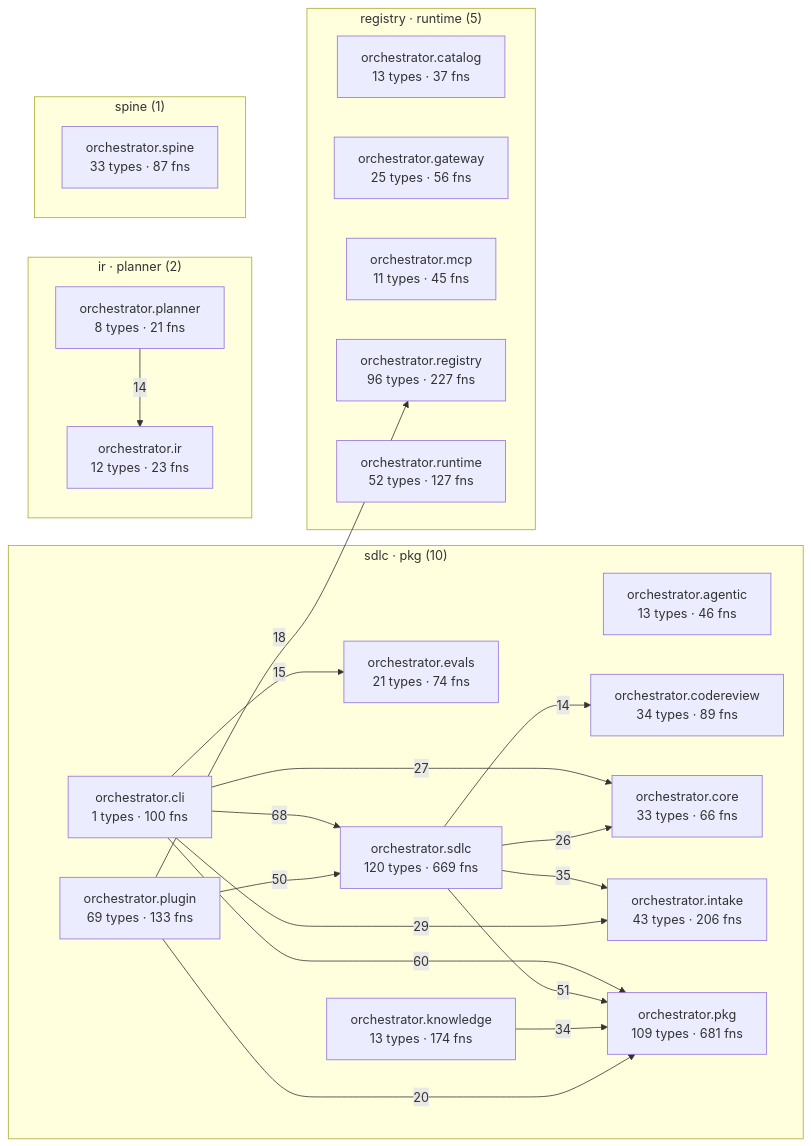
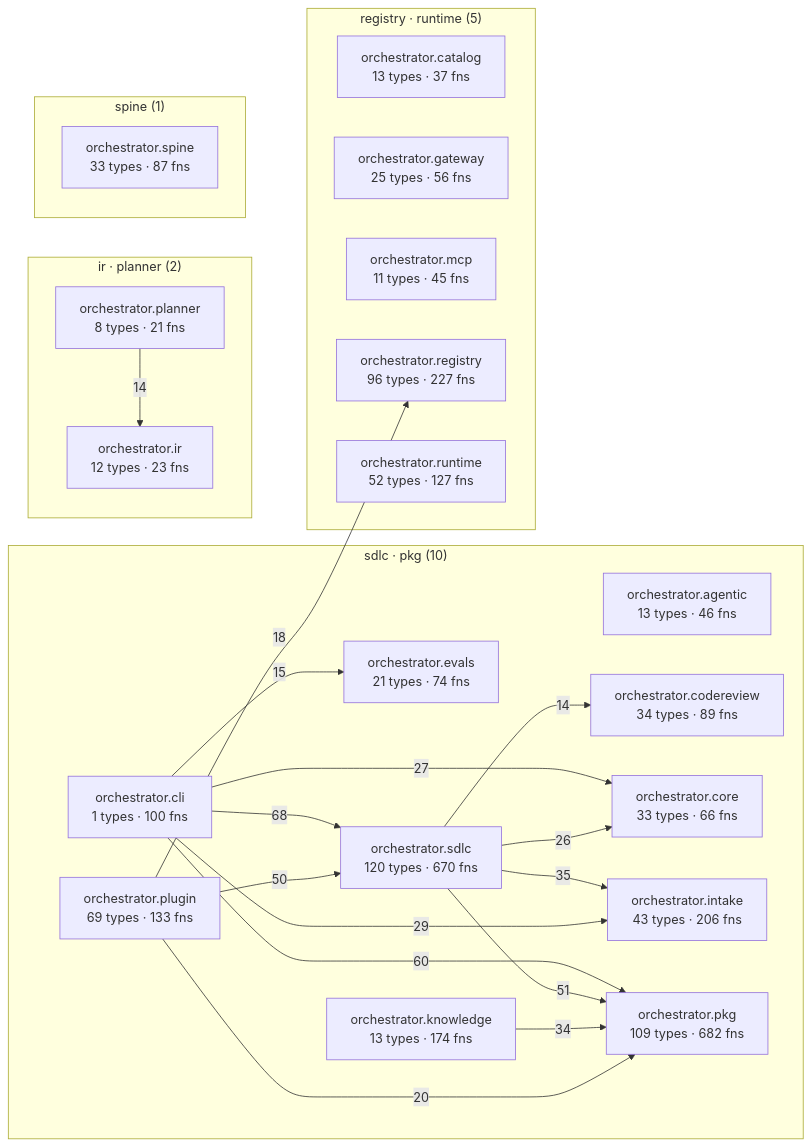
One commit to Nani-red/spine_Naveen changed the diagram in episteme/architecture.md. Above: the diagram before and after it, drawn with Mermaid. The commit also changed other lines of this file and 38 other files, not shown here.

````diff
--- a/episteme/architecture.md
+++ b/episteme/architecture.md
@@ -54,43 +54,43 @@
 ```mermaid
 flowchart LR
   subgraph c_2["sdlc · pkg (10)"]
     aorchestratoragentic["orchestrator.agentic<br/>13 types · 46 fns"]
     aorchestratorcli["orchestrator.cli<br/>1 types · 100 fns"]
     aorchestratorcodereview["orchestrator.codereview<br/>34 types · 89 fns"]
     aorchestratorcore["orchestrator.core<br/>33 types · 66 fns"]
     aorchestratorevals["orchestrator.evals<br/>21 types · 74 fns"]
     aorchestratorintake["orchestrator.intake<br/>43 types · 206 fns"]
     aorchestratorknowledge["orchestrator.knowledge<br/>13 types · 174 fns"]
-    aorchestratorpkg["orchestrator.pkg<br/>109 types · 681 fns"]
+    aorchestratorpkg["orchestrator.pkg<br/>109 types · 682 fns"]
     aorchestratorplugin["orchestrator.plugin<br/>69 types · 133 fns"]
-    aorchestratorsdlc["orchestrator.sdlc<br/>120 types · 669 fns"]
+    aorchestratorsdlc["orchestrator.sdlc<br/>120 types · 670 fns"]
   end
   subgraph c_4["registry · runtime (5)"]
     aorchestratorcatalog["orchestrator.catalog<br/>13 types · 37 fns"]
     aorchestratorgateway["orchestrator.gateway<br/>25 types · 56 fns"]
     aorchestratormcp["orchestrator.mcp<br/>11 types · 45 fns"]
     aorchestratorregistry["orchestrator.registry<br/>96 types · 227 fns"]
     aorchestratorruntime["orchestrator.runtime<br/>52 types · 127 fns"]
   end
   subgraph c_7["ir · planner (2)"]
     aorchestratorir["orchestrator.ir<br/>12 types · 23 fns"]
     aorchestratorplanner["orchestrator.planner<br/>8 types · 21 fns"]
   end
   subgraph c_12["spine (1)"]
     aorchestratorspine["orchestrator.spine<br/>33 types · 87 fns"]
   end
   aorchestratorcli -->|68| aorchestratorsdlc
   aorchestratorcli -->|60| aorchestratorpkg
   aorchestratorsdlc -->|51| aorchestratorpkg
   aorchestratorplugin -->|50| aorchestratorsdlc
   aorchestratorsdlc -->|35| aorchestratorintake
   aorchestratorknowledge -->|34| aorchestratorpkg
   aorchestratorcli -->|29| aorchestratorintake
   aorchestratorcli -->|27| aorchestratorcore
   aorchestratorsdlc -->|26| aorchestratorcore
   aorchestratorplugin -->|20| aorchestratorpkg
   aorchestratorplugin -->|18| aorchestratorregistry
   aorchestratorcli -->|15| aorchestratorevals
   aorchestratorplanner -->|14| aorchestratorir
   aorchestratorsdlc -->|14| aorchestratorcodereview
 ```
````
